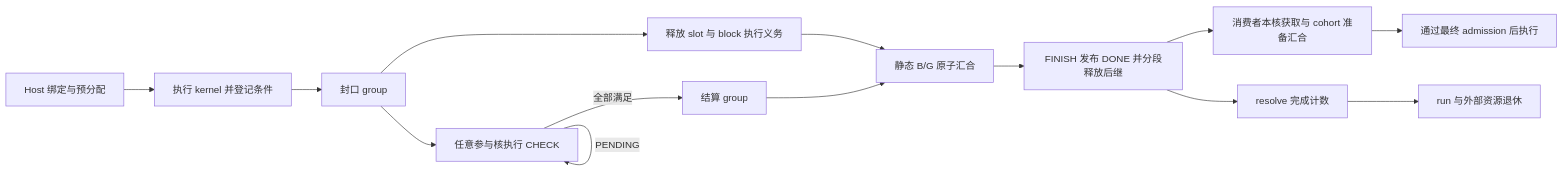
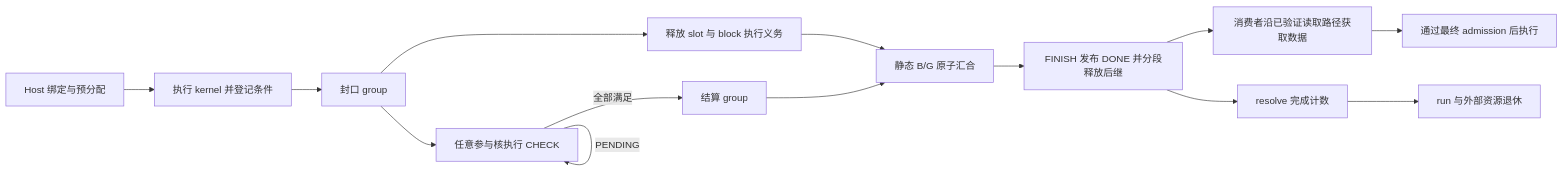
Before and after one commit to nalinaly/simpler: the diagram in docs/zh-cn/design/a5-hbg-async-completion.md, drawn with Mermaid. The commit also changed other lines of this file and 29 other files, not shown here.

````diff
--- a/docs/zh-cn/design/a5-hbg-async-completion.md
+++ b/docs/zh-cn/design/a5-hbg-async-completion.md
@@ -36,16 +36,16 @@
 ```mermaid
 flowchart LR
     H[Host 绑定与预分配] --> K[执行 kernel 并登记条件]
     K --> S[封口 group]
     S --> R[释放 slot 与 block 执行义务]
     S --> C[任意参与核执行 CHECK]
     C -->|PENDING| C
     C -->|全部满足| G[结算 group]
     R --> J[静态 B/G 原子汇合]
     G --> J
     J --> F[FINISH 发布 DONE 并分段释放后继]
-    F --> P[消费者本核获取与 cohort 准备汇合]
+    F --> P[消费者沿已验证读取路径获取数据]
     P --> D[通过最终 admission 后执行]
     F --> Q[resolve 完成计数]
     Q --> X[run 与外部资源退休]
 ```
````
